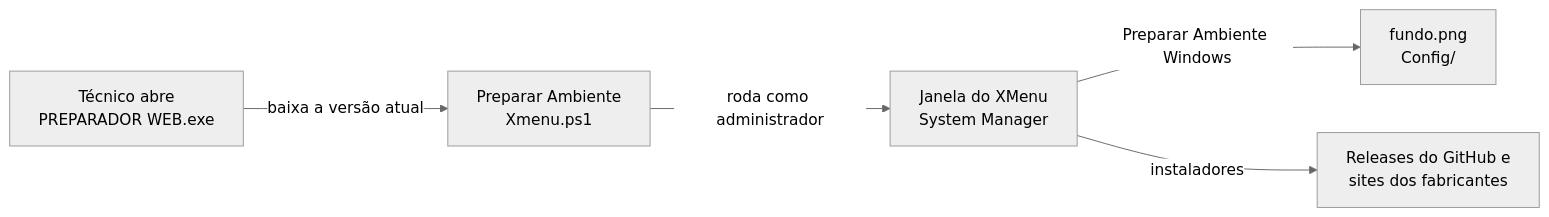
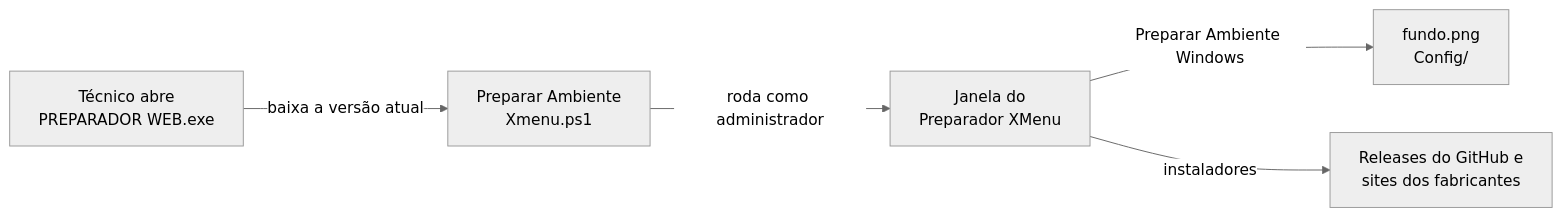
Before and after one commit to VMazza10/Preparador-de-Ambiente-XMenu: the diagram in README.md, drawn with Mermaid (neutral theme). The commit also changed other lines of this file and 2 other files, not shown here.

Commit message:
Preparador XMenu: novo nome, filtro de certificado nos XMLs NFC-e e janela que se ajusta
- Programa renomeado para "Preparador XMenu" (título, cabeçalho, Log e README)
- Baixar XMLs NFC-e: quando o banco tem mais de um certificado (IDServidorFiscal),
  aparece o filtro Certificado com o nome lido da assinatura do XML; cada nota fica
  só com o XML do próprio certificado, e lotes, PDFs, faltantes e pendentes saem
  separados por empresa. Com um certificado só a tela continua igual.
- Janela alarga sozinha ao abrir quando os dados do PC não cabem (sem maximizar)
- Botão LINKS ÚTEIS menor

````diff
--- a/README.md
+++ b/README.md
@@ -56,7 +56,7 @@
 ```mermaid
 flowchart LR
     A[Técnico abre<br>PREPARADOR WEB.exe] -->|baixa a versão atual| B[Preparar Ambiente<br>Xmenu.ps1]
-    B -->|roda como administrador| C[Janela do XMenu<br>System Manager]
+    B -->|roda como administrador| C[Janela do<br>Preparador XMenu]
     C -->|Preparar Ambiente Windows| D[fundo.png<br>Config/]
     C -->|instaladores| E[Releases do GitHub e<br>sites dos fabricantes]
 ```
````
